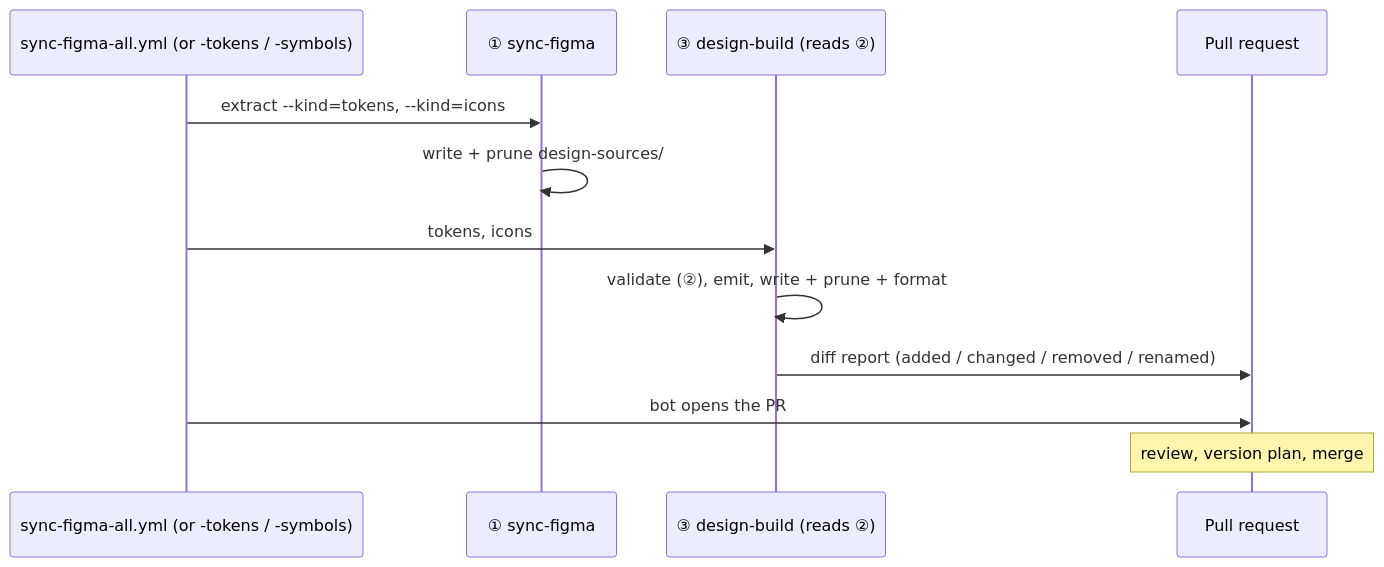
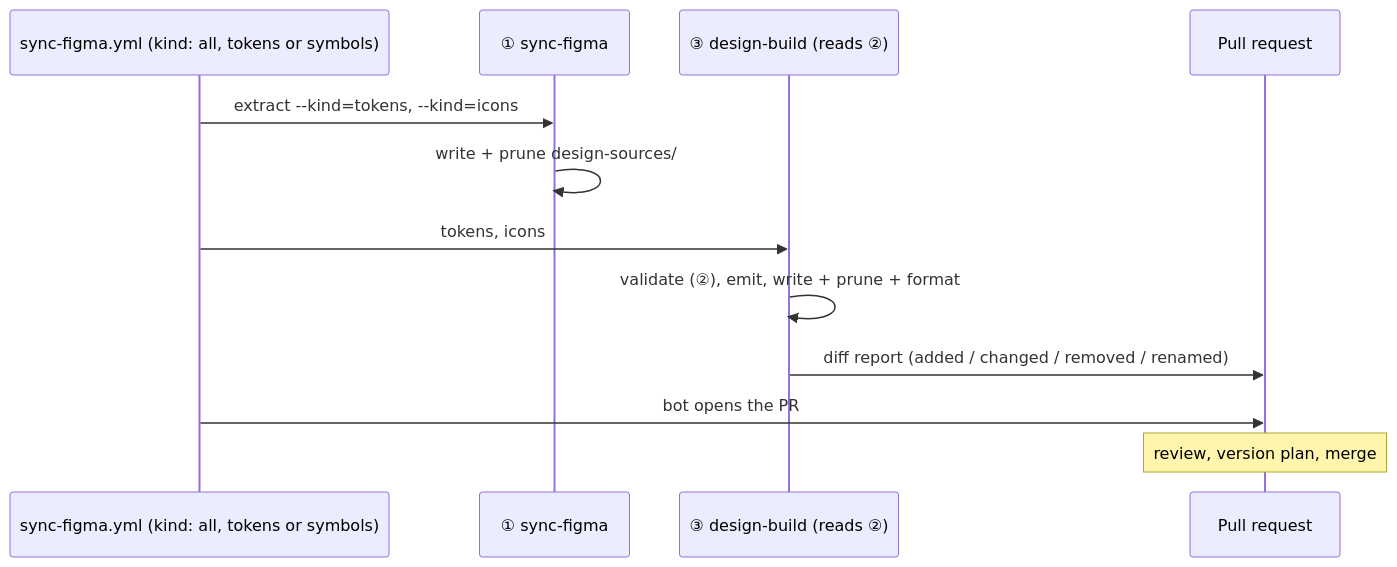
The third of 5 diagrams in docs/adr/0003-design-pipeline.md (LedgerHQ/lumen), drawn with Mermaid before and after one commit. The commit also changed other lines of this file and 6 other files, not shown here.

First line of the commit message:
DLS-1185 ci(sync-figma): one sync workflow, a draft PR when the build fails

````diff
--- a/docs/adr/0003-design-pipeline.md
+++ b/docs/adr/0003-design-pipeline.md
@@ -347,14 +347,14 @@
 ```mermaid
 sequenceDiagram
-  participant WF as sync-figma-all.yml (or -tokens / -symbols)
+  participant WF as sync-figma.yml (kind: all, tokens or symbols)
   participant S1 as ① sync-figma
   participant S3 as ③ design-build (reads ②)
   participant PR as Pull request
   WF->>S1: extract --kind=tokens, --kind=icons
   S1->>S1: write + prune design-sources/
   WF->>S3: tokens, icons
   S3->>S3: validate (②), emit, write + prune + format
   S3->>PR: diff report (added / changed / removed / renamed)
   WF->>PR: bot opens the PR
   Note over PR: review, version plan, merge
 ```
````
